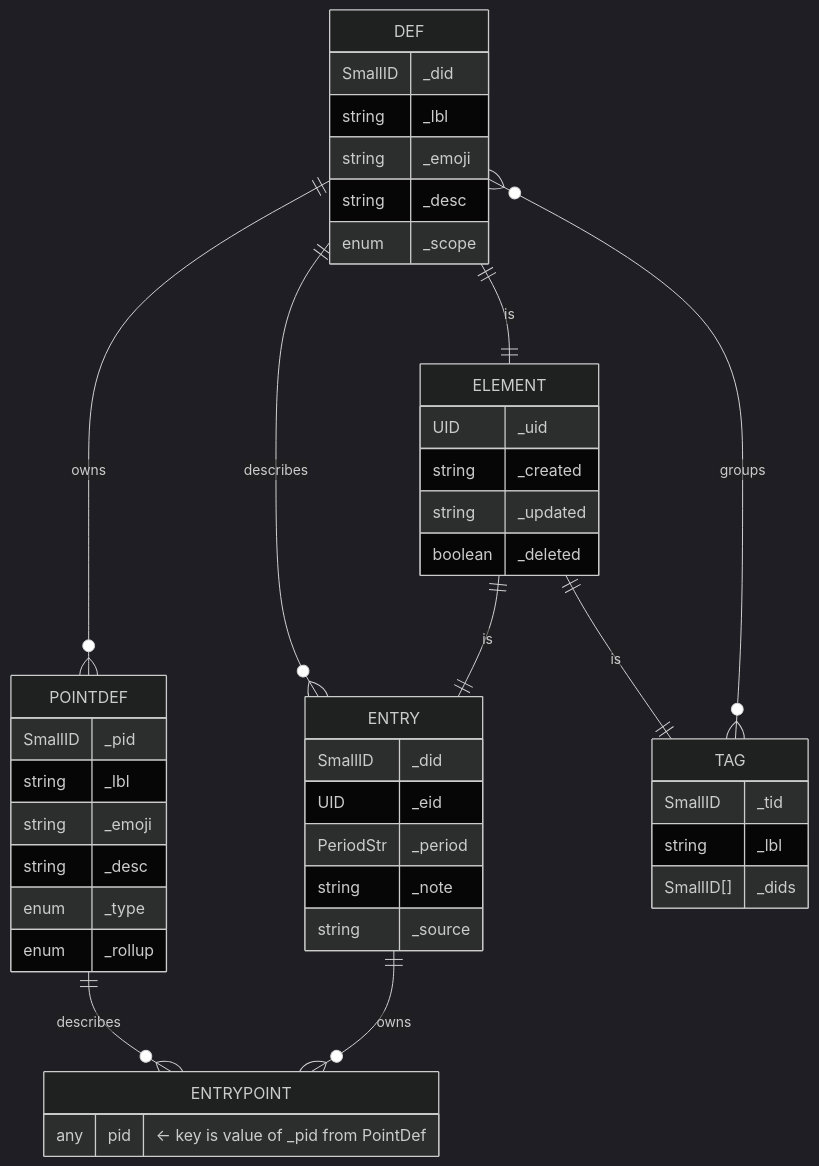
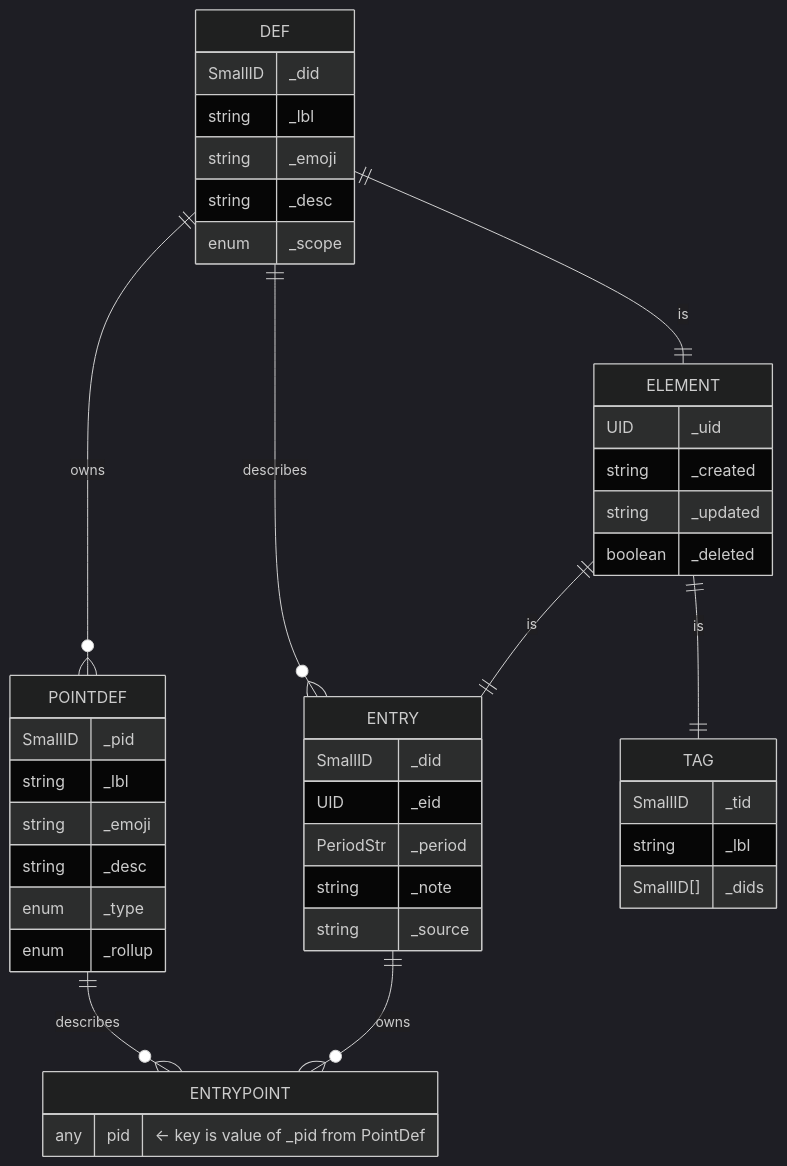
One commit to aarongilly/pdw changed the second of 2 diagrams in README.md. Above: the diagram before and after it, drawn with Mermaid (dark theme). The commit also changed other lines of this file and 5 other files, not shown here.

````diff
--- a/README.md
+++ b/README.md
@@ -112,51 +114,50 @@
 ```mermaid
 erDiagram
     DEF{
         SmallID _did
         string _lbl
         string _emoji
         string _desc
         enum _scope
     }
     TAG{
         SmallID _tid
         string _lbl
         SmallID[] _dids
     }
-    TAG }o--o{ DEF : groups
 
     ENTRY {
         SmallID _did
         UID _eid
         PeriodStr _period
         string _note
         string _source
     }
     POINTDEF{
         SmallID _pid
         string _lbl
         string _emoji
         string _desc
         enum _type
         enum _rollup
     }
     ELEMENT{
         UID _uid
         string _created
         string _updated
         boolean _deleted
     }
 
     DEF ||--o{ POINTDEF : owns
 
     DEF ||--o{ ENTRY : describes
     DEF ||--|| ELEMENT : is
     ELEMENT ||--|| ENTRY : is
     ELEMENT ||--|| TAG : is
     ENTRYPOINT {
         any pid "<- key is value of _pid from PointDef"
     }
     ENTRY ||--o{ ENTRYPOINT : owns
     POINTDEF ||--o{ ENTRYPOINT : describes
 
 ```
````
